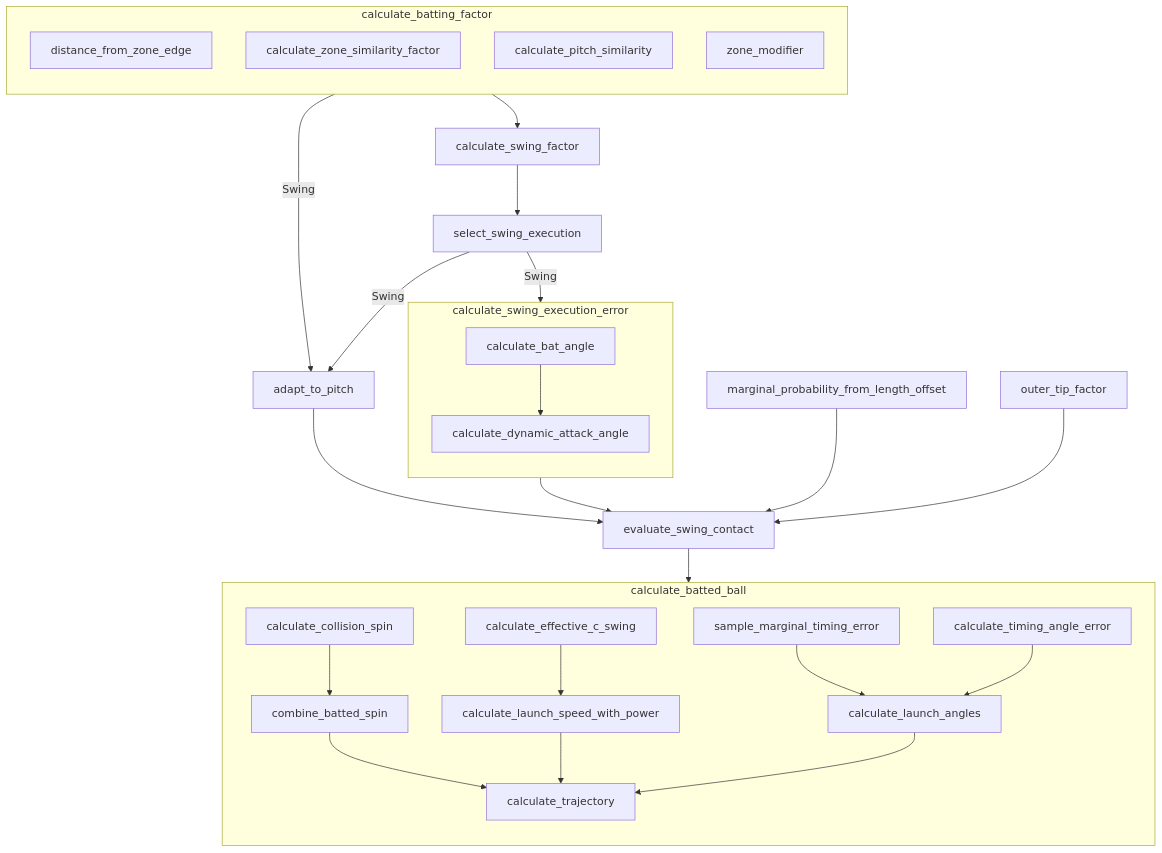
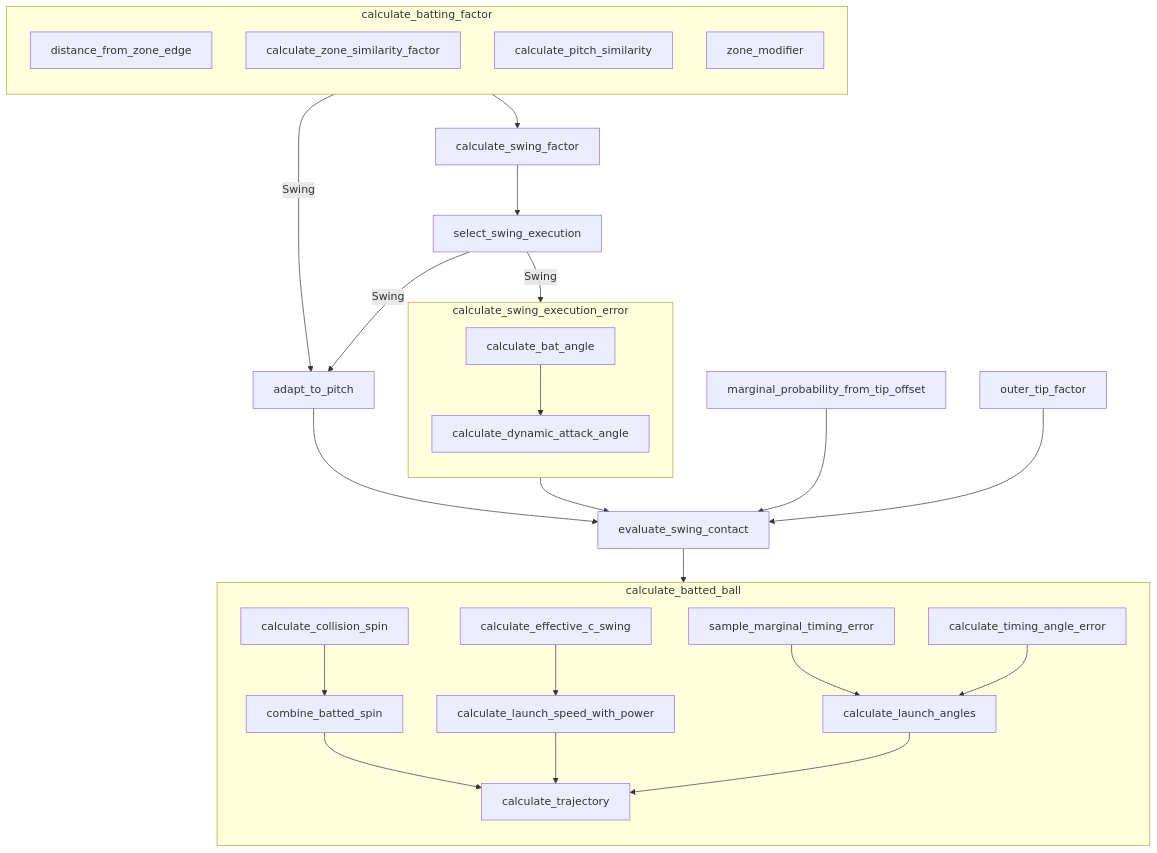
One commit to torafugu/saberbb changed the diagram in docs/mmd/batting_diagram.mmd. Above: the diagram before and after it, drawn with Mermaid. The commit also changed 5 other files, not shown here.

```diff
--- a/docs/mmd/batting_diagram.mmd
+++ b/docs/mmd/batting_diagram.mmd
@@ -1,32 +1,32 @@
 flowchart TD
     
     subgraph calculate_batting_factor
         direction TB
         distance_from_zone_edge
         calculate_zone_similarity_factor
         calculate_pitch_similarity
         zone_modifier
     end
     
     calculate_batting_factor --> |Swing|adapt_to_pitch
     calculate_batting_factor --> calculate_swing_factor
     calculate_swing_factor --> select_swing_execution
     select_swing_execution --> |Swing|adapt_to_pitch --> evaluate_swing_contact
     select_swing_execution --> |Swing|calculate_swing_execution_error --> evaluate_swing_contact
-    marginal_probability_from_length_offset --> evaluate_swing_contact
+    marginal_probability_from_tip_offset --> evaluate_swing_contact
     outer_tip_factor --> evaluate_swing_contact
     evaluate_swing_contact --> calculate_batted_ball
 
     subgraph calculate_swing_execution_error
         direction TB
         calculate_bat_angle --> calculate_dynamic_attack_angle
     end
 
     subgraph calculate_batted_ball
         direction TB
         calculate_collision_spin --> combine_batted_spin --> calculate_trajectory
         calculate_effective_c_swing --> calculate_launch_speed_with_power --> calculate_trajectory
         sample_marginal_timing_error --> calculate_launch_angles
         calculate_timing_angle_error --> calculate_launch_angles
         calculate_launch_angles --> calculate_trajectory
     end
```
